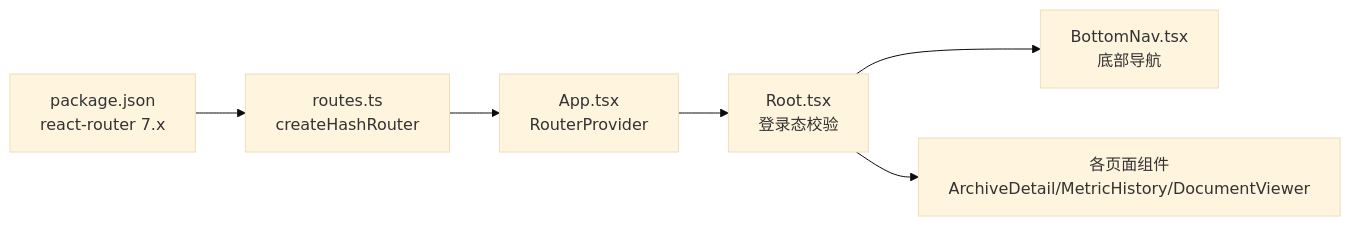
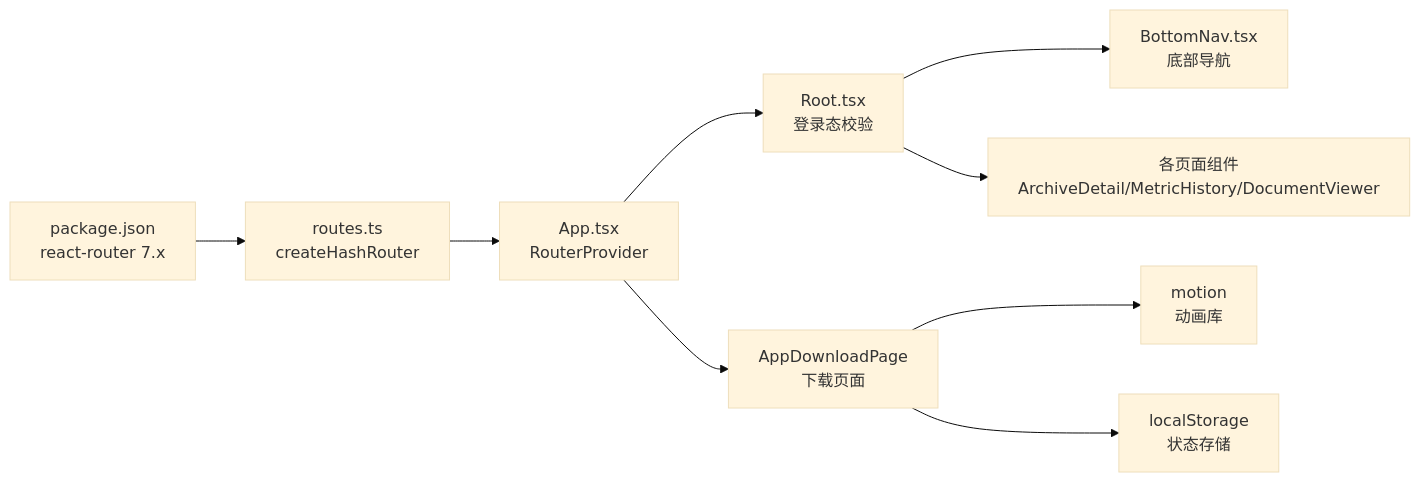
The eighth of 8 diagrams in .qoder/repowiki/zh/content/架构设计/路由系统设计.md (BlackWhiteBlock/med-vault-website), drawn with Mermaid (base theme) before and after one commit. The commit also changed other lines of this file and 14 other files, not shown here.

````diff
--- a/.qoder/repowiki/zh/content/架构设计/路由系统设计.md
+++ b/.qoder/repowiki/zh/content/架构设计/路由系统设计.md
@@ -319,8 +365,11 @@
 ```mermaid
 graph LR
 PKG["package.json<br/>react-router 7.x"] --> RT["routes.ts<br/>createHashRouter"]
 RT --> APP["App.tsx<br/>RouterProvider"]
 APP --> ROOT["Root.tsx<br/>登录态校验"]
+APP --> DOWNLOAD["AppDownloadPage<br/>下载页面"]
 ROOT --> NAV["BottomNav.tsx<br/>底部导航"]
 ROOT --> PAGES["各页面组件<br/>ArchiveDetail/MetricHistory/DocumentViewer"]
+DOWNLOAD --> MOTION["motion<br/>动画库"]
+DOWNLOAD --> STORAGE["localStorage<br/>状态存储"]
 ```
````
